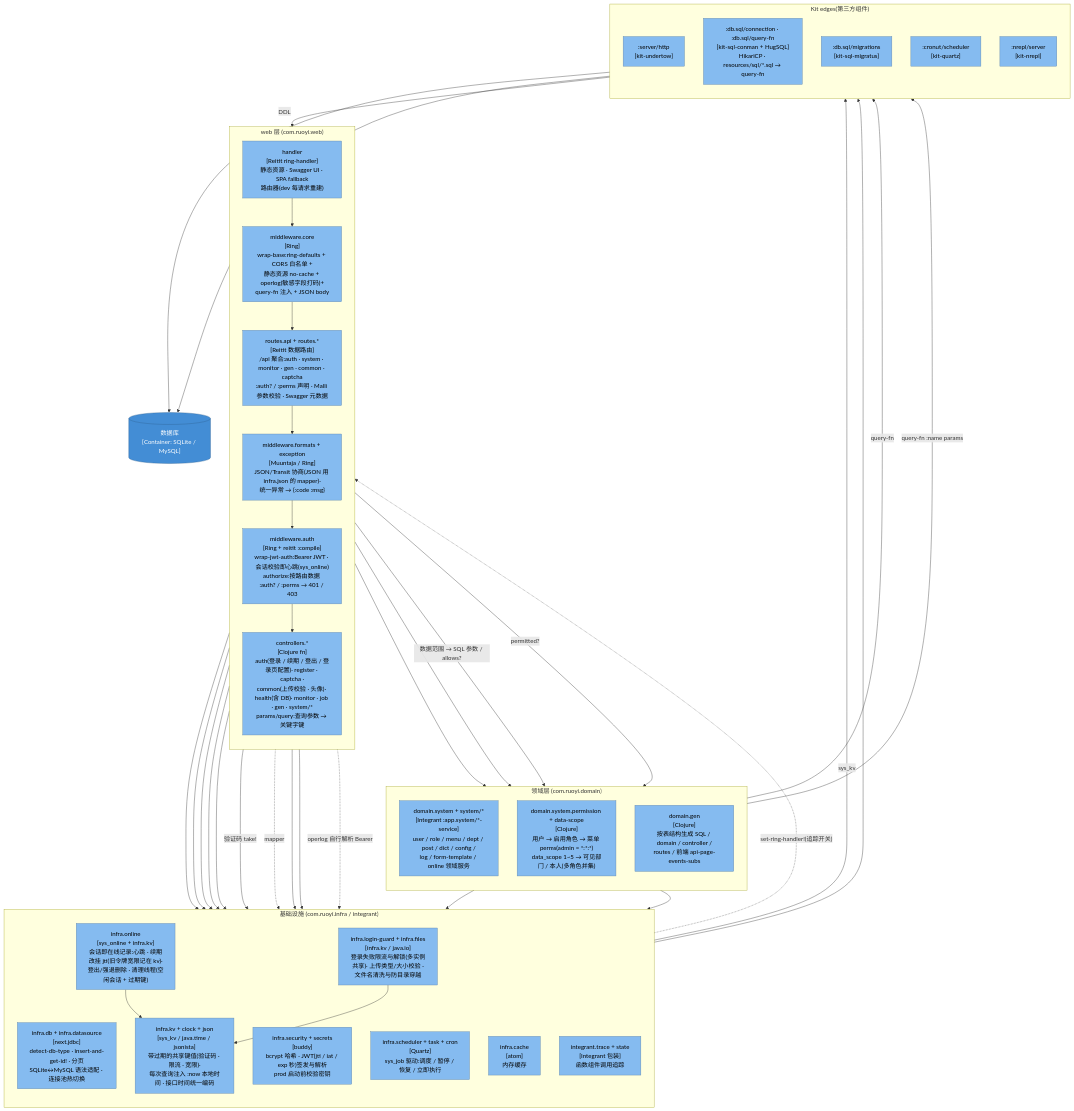
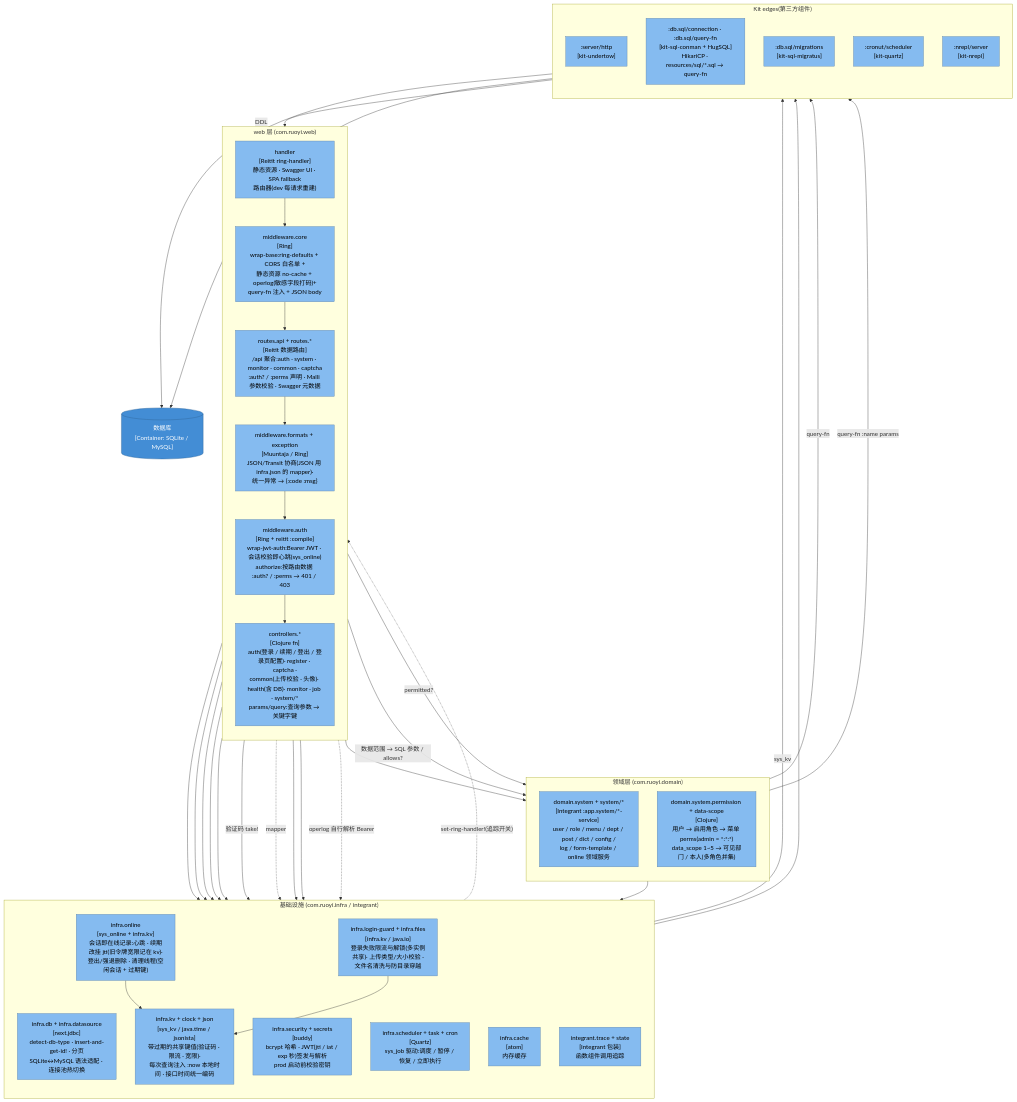
One commit to RedCreationTech/clj-cljs-template changed the third of 14 diagrams in docs/architecture/c4-model.org. Above: the diagram before and after it, drawn with Mermaid. The commit also changed other lines of this file and 50 other files, not shown here.

```diff
--- a/docs/architecture/c4-model.org
+++ b/docs/architecture/c4-model.org
@@ -141,66 +141,63 @@
 #+begin_src mermaid :file img/c4-backend-components.svg :exports results
 flowchart TB
   DB[("数据库<br/>[Container: SQLite / MySQL]")]:::container
   subgraph WEB["web 层 (com.ruoyi.web)"]
     direction TB
     handler["handler<br/>[Reitit ring-handler]<br/>静态资源 · Swagger UI · SPA fallback<br/>路由器(dev 每请求重建)"]:::comp
     mwcore["middleware.core<br/>[Ring]<br/>wrap-base:ring-defaults + CORS 白名单 +<br/>静态资源 no-cache + operlog(敏感字段打码)+<br/>query-fn 注入 + JSON body"]:::comp
-    routes["routes.api + routes.*<br/>[Reitit 数据路由]<br/>/api 聚合:auth · system · monitor · gen · common · captcha<br/>:auth? / :perms 声明 · Malli 参数校验 · Swagger 元数据"]:::comp
+    routes["routes.api + routes.*<br/>[Reitit 数据路由]<br/>/api 聚合:auth · system · monitor · common · captcha<br/>:auth? / :perms 声明 · Malli 参数校验 · Swagger 元数据"]:::comp
     mwfmt["middleware.formats + exception<br/>[Muuntaja / Ring]<br/>JSON/Transit 协商(JSON 用 infra.json 的 mapper)·<br/>统一异常 → {:code :msg}"]:::comp
     mwauth["middleware.auth<br/>[Ring + reitit :compile]<br/>wrap-jwt-auth:Bearer JWT · 会话校验即心跳(sys_online)<br/>authorize:按路由数据 :auth? / :perms → 401 / 403"]:::comp
-    ctrl["controllers.*<br/>[Clojure fn]<br/>auth(登录 / 续期 / 登出 / 登录页配置)· register · captcha ·<br/>common(上传校验 · 头像)· health(含 DB)· monitor · job · gen · system/*<br/>params/query:查询参数 → 关键字键"]:::comp
+    ctrl["controllers.*<br/>[Clojure fn]<br/>auth(登录 / 续期 / 登出 / 登录页配置)· register · captcha ·<br/>common(上传校验 · 头像)· health(含 DB)· monitor · job · system/*<br/>params/query:查询参数 → 关键字键"]:::comp
   end
   subgraph DOM["领域层 (com.ruoyi.domain)"]
     direction TB
     dsys["domain.system + system/*<br/>[Integrant :app.system/*-service]<br/>user / role / menu / dept / post / dict / config /<br/>log / form-template / online 领域服务"]:::comp
     dperm["domain.system.permission + data-scope<br/>[Clojure]<br/>用户 → 启用角色 → 菜单 perms(admin = *:*:*)<br/>data_scope 1~5 → 可见部门 / 本人(多角色并集)"]:::comp
-    dgen["domain.gen<br/>[Clojure]<br/>按表结构生成 SQL / domain / controller /<br/>routes / 前端 api-page-events-subs"]:::comp
   end
   subgraph INFRA["基础设施 (com.ruoyi.infra / integrant)"]
     direction TB
     idb["infra.db + infra.datasource<br/>[next.jdbc]<br/>detect-db-type · insert-and-get-id! · 分页<br/>SQLite↔MySQL 语法适配 · 连接池热切换"]:::comp
     isec["infra.security + secrets<br/>[buddy]<br/>bcrypt 哈希 · JWT(jti / iat / exp 秒)签发与解析<br/>prod 启动前校验密钥"]:::comp
     ionl["infra.online<br/>[sys_online + infra.kv]<br/>会话即在线记录:心跳 · 续期改挂 jti(旧令牌宽限记在 kv)·<br/>登出/强退删除 · 清理线程(空闲会话 + 过期键)"]:::comp
     iguard["infra.login-guard + infra.files<br/>[infra.kv / java.io]<br/>登录失败限流与解锁(多实例共享)· 上传类型/大小校验 ·<br/>文件名清洗与防目录穿越"]:::comp
     ikv["infra.kv + clock + json<br/>[sys_kv / java.time / jsonista]<br/>带过期的共享键值(验证码 · 限流 · 宽限)·<br/>每次查询注入 :now 本地时间 · 接口时间统一编码"]:::comp
     isch["infra.scheduler + task + cron<br/>[Quartz]<br/>sys_job 驱动:调度 / 暂停 / 恢复 / 立即执行"]:::comp
     icache["infra.cache<br/>[atom]<br/>内存缓存"]:::comp
     itrace["integrant.trace + state<br/>[Integrant 包装]<br/>函数组件调用追踪"]:::comp
   end
   subgraph EDGE["Kit edges(第三方组件)"]
     direction TB
     undertow[":server/http<br/>[kit-undertow]"]:::comp
     conman[":db.sql/connection · :db.sql/query-fn<br/>[kit-sql-conman + HugSQL]<br/>HikariCP · resources/sql/*.sql → query-fn"]:::comp
     migratus[":db.sql/migrations<br/>[kit-sql-migratus]"]:::comp
     quartz[":cronut/scheduler<br/>[kit-quartz]"]:::comp
     nrepl[":nrepl/server<br/>[kit-nrepl]"]:::comp
   end
   undertow --> handler --> mwcore --> routes --> mwfmt --> mwauth --> ctrl
   ctrl --> dsys
-  ctrl --> dgen
   ctrl --> isch
   ctrl --> ionl
   ctrl --> isec
   ctrl --> iguard
   ctrl --> icache
   ctrl -- "验证码 take!" --> ikv
   ionl --> ikv
   iguard --> ikv
   ikv -- "sys_kv" --> conman
   mwfmt -. "mapper" .-> ikv
   ctrl -- "数据范围 → SQL 参数 / allows?" --> dperm
   mwauth --> isec
   mwauth --> ionl
   mwauth -- "permitted?" --> dperm
   dperm -- query-fn --> conman
   mwcore -. "operlog 自行解析 Bearer" .-> isec
   dsys -- "query-fn :name params" --> conman
   dsys --> idb
-  dgen --> idb
   conman --> DB
   migratus -- DDL --> DB
   isch --> quartz
   itrace -. "set-ring-handler!(追踪开关)" .-> handler
   classDef container fill:#438dd5,stroke:#2e6295,color:#fff
   classDef comp fill:#85bbf0,stroke:#5d82a8,color:#000
 #+end_src
```
